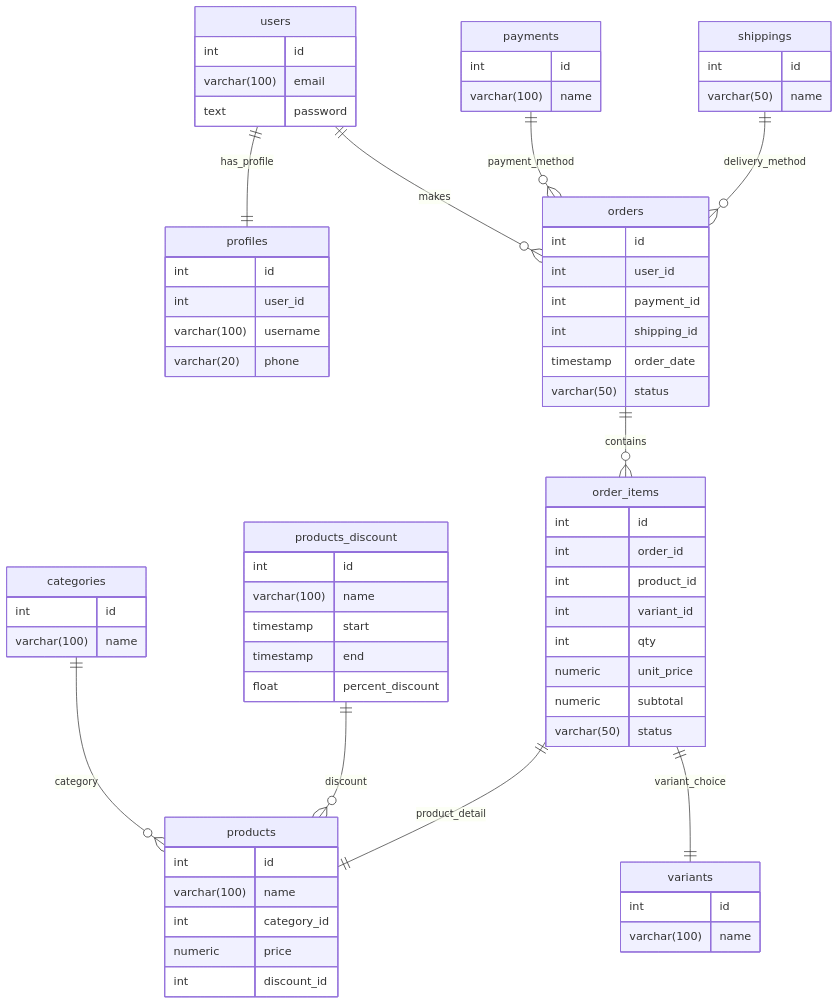
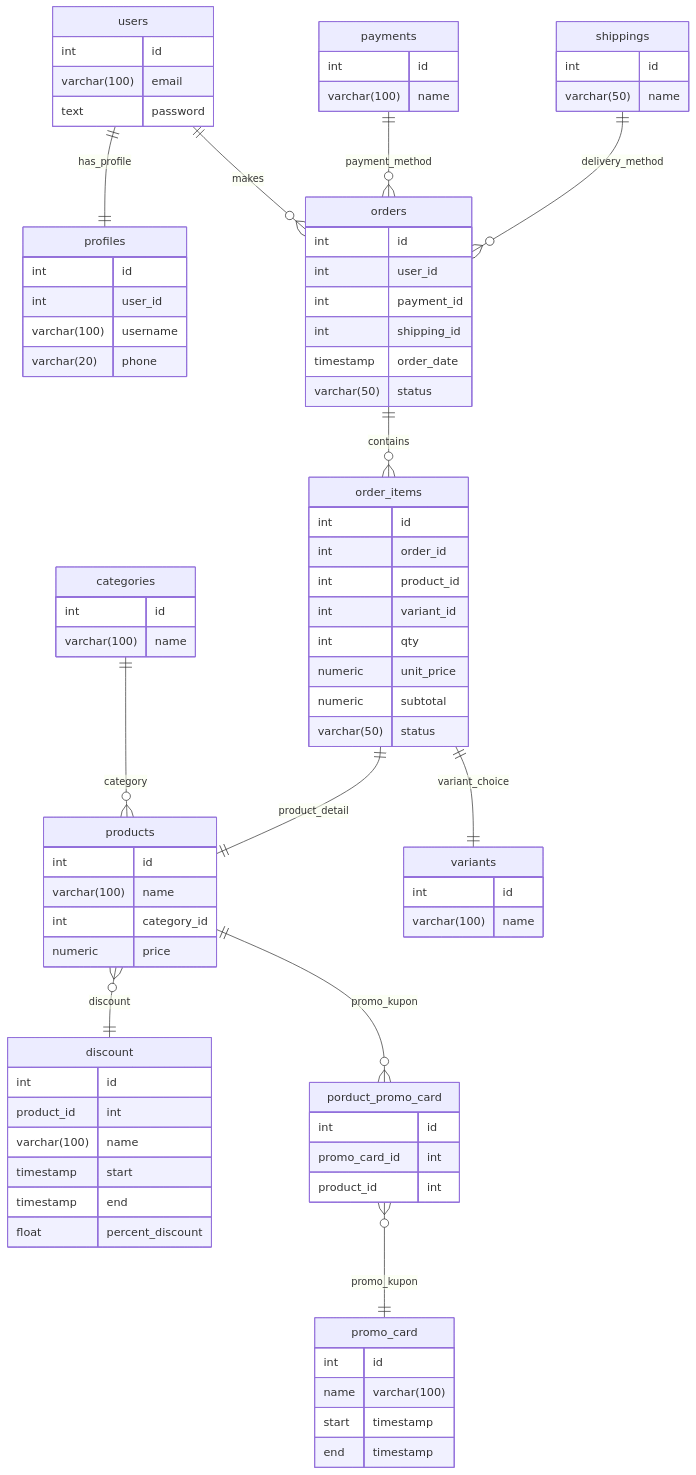
The diagram in README.md (abdullah-fikri/koda-b4-db-weekly), drawn with Mermaid before and after one commit.

Commit message:
fix: add erd for promo card/coupon and change product_discount table name to discount

````diff
--- a/README.md
+++ b/README.md
@@ -19,20 +19,21 @@
 varchar(100) name
 }
 
-products_discount {
+discount {
 int id
+product_id int
 varchar(100) name
 timestamp start
 timestamp end
 float percent_discount
 }
 
+
 products {
 int id
 varchar(100) name
 int category_id
 numeric price
-int discount_id
 }
 
 variants {
@@ -70,6 +71,19 @@
 varchar(50) status
 }
 
+promo_card {
+    int id
+    name varchar(100)
+    start timestamp
+    end timestamp
+}
+
+porduct_promo_card {
+    int id
+    promo_card_id int
+    product_id int
+}
+
 users ||--|| profiles : has_profile
 users ||--o{ orders : makes
 orders ||--o{ order_items : contains
@@ -77,6 +91,9 @@
 order_items ||--|| variants : variant_choice
 payments ||--o{ orders : payment_method
 shippings ||--o{ orders : delivery_method
+
+products }o--|| discount : discount
 categories ||--o{ products : category
-products_discount ||--o{ products : discount
+products ||--o{ porduct_promo_card : promo_kupon
+porduct_promo_card }o--|| promo_card : promo_kupon
 ```
````
